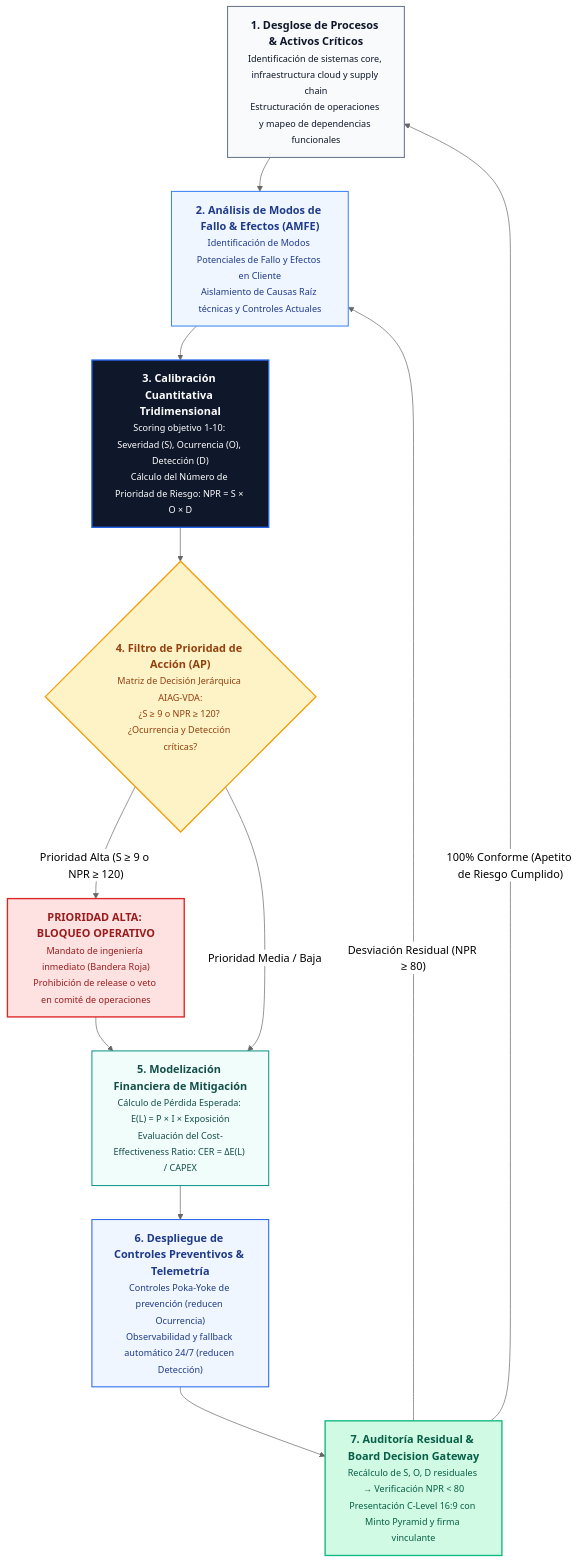
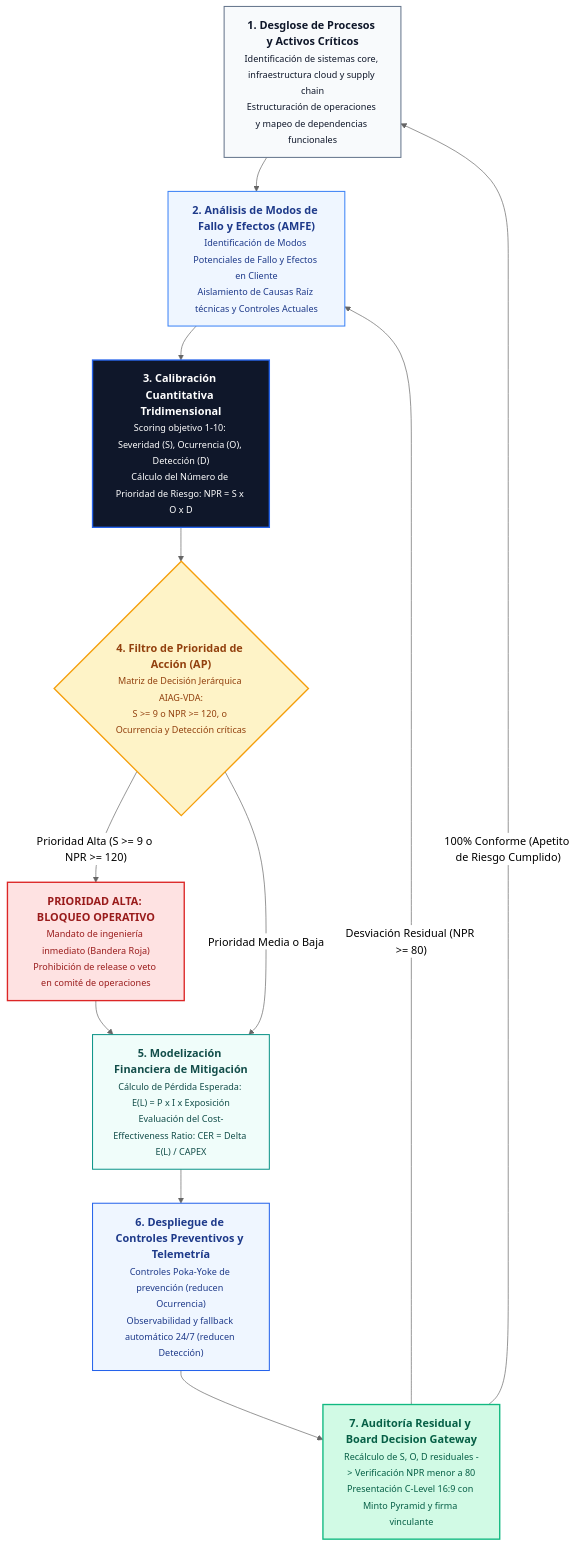
The diagram in content/es/posts/matriz-riesgos-amfe-fmea/index.md (Dalaez/datalaria-website), drawn with Mermaid (neutral theme) before and after one commit. The commit also changed other lines of this file and 123 other files, not shown here.

```diff
--- a/content/es/posts/matriz-riesgos-amfe-fmea/index.md
+++ b/content/es/posts/matriz-riesgos-amfe-fmea/index.md
@@ -32,38 +91,38 @@
 {{< mermaid >}}
 flowchart TD
-    A["<b>1. Desglose de Procesos & Activos Críticos</b><br/><small>Identificación de sistemas core, infraestructura cloud y supply chain<br/>Estructuración de operaciones y mapeo de dependencias funcionales</small>"]
+    A["<b>1. Desglose de Procesos y Activos Críticos</b><br/><small>Identificación de sistemas core, infraestructura cloud y supply chain<br/>Estructuración de operaciones y mapeo de dependencias funcionales</small>"]
     
-    B["<b>2. Análisis de Modos de Fallo & Efectos (AMFE)</b><br/><small>Identificación de Modos Potenciales de Fallo y Efectos en Cliente<br/>Aislamiento de Causas Raíz técnicas y Controles Actuales</small>"]
+    B["<b>2. Análisis de Modos de Fallo y Efectos (AMFE)</b><br/><small>Identificación de Modos Potenciales de Fallo y Efectos en Cliente<br/>Aislamiento de Causas Raíz técnicas y Controles Actuales</small>"]
     
-    C["<b>3. Calibración Cuantitativa Tridimensional</b><br/><small>Scoring objetivo 1-10: Severidad (S), Ocurrencia (O), Detección (D)<br/>Cálculo del Número de Prioridad de Riesgo: NPR = S &times; O &times; D</small>"]
+    C["<b>3. Calibración Cuantitativa Tridimensional</b><br/><small>Scoring objetivo 1-10: Severidad (S), Ocurrencia (O), Detección (D)<br/>Cálculo del Número de Prioridad de Riesgo: NPR = S x O x D</small>"]
     
-    D{"<b>4. Filtro de Prioridad de Acción (AP)</b><br/><small>Matriz de Decisión Jerárquica AIAG-VDA:<br/>¿S &ge; 9 o NPR &ge; 120? ¿Ocurrencia y Detección críticas?</small>"}
+    D{"<b>4. Filtro de Prioridad de Acción (AP)</b><br/><small>Matriz de Decisión Jerárquica AIAG-VDA:<br/>S >= 9 o NPR >= 120, o Ocurrencia y Detección críticas</small>"}
     
     E["<b>PRIORIDAD ALTA: BLOQUEO OPERATIVO</b><br/><small>Mandato de ingeniería inmediato (Bandera Roja)<br/>Prohibición de release o veto en comité de operaciones</small>"]
     
-    F["<b>5. Modelización Financiera de Mitigación</b><br/><small>Cálculo de Pérdida Esperada: E(L) = P &times; I &times; Exposición<br/>Evaluación del Cost-Effectiveness Ratio: CER = &Delta;E(L) / CAPEX</small>"]
+    F["<b>5. Modelización Financiera de Mitigación</b><br/><small>Cálculo de Pérdida Esperada: E(L) = P x I x Exposición<br/>Evaluación del Cost-Effectiveness Ratio: CER = Delta E(L) / CAPEX</small>"]
     
-    G["<b>6. Despliegue de Controles Preventivos & Telemetría</b><br/><small>Controles Poka-Yoke de prevención (reducen Ocurrencia)<br/>Observabilidad y fallback automático 24/7 (reducen Detección)</small>"]
+    G["<b>6. Despliegue de Controles Preventivos y Telemetría</b><br/><small>Controles Poka-Yoke de prevención (reducen Ocurrencia)<br/>Observabilidad y fallback automático 24/7 (reducen Detección)</small>"]
     
-    H["<b>7. Auditoría Residual & Board Decision Gateway</b><br/><small>Recálculo de S, O, D residuales &rarr; Verificación NPR &lt; 80<br/>Presentación C-Level 16:9 con Minto Pyramid y firma vinculante</small>"]
+    H["<b>7. Auditoría Residual y Board Decision Gateway</b><br/><small>Recálculo de S, O, D residuales -> Verificación NPR menor a 80<br/>Presentación C-Level 16:9 con Minto Pyramid y firma vinculante</small>"]
 
     A --> B
     B --> C
     C --> D
-    D -->|"Prioridad Alta (S &ge; 9 o NPR &ge; 120)"| E
+    D -->|"Prioridad Alta (S >= 9 o NPR >= 120)"| E
     E --> F
-    D -->|"Prioridad Media / Baja"| F
+    D -->|"Prioridad Media o Baja"| F
     F --> G
     G --> H
-    H -->|"Desviación Residual (NPR &ge; 80)"| B
+    H -->|"Desviación Residual (NPR >= 80)"| B
     H -->|"100% Conforme (Apetito de Riesgo Cumplido)"| A
 
     style A fill:#F8FAFC,stroke:#64748B,stroke-width:1.5px,color:#0F172A
     style B fill:#EFF6FF,stroke:#3B82F6,stroke-width:1.5px,color:#1E3A8A
     style C fill:#0F172A,stroke:#2563EB,stroke-width:2px,color:#FFFFFF
     style D fill:#FEF3C7,stroke:#F59E0B,stroke-width:2px,color:#92400E
     style E fill:#FEE2E2,stroke:#DC2626,stroke-width:2px,color:#991B1B
     style F fill:#F0FDFA,stroke:#0D9488,stroke-width:1.5px,color:#134E4A
     style G fill:#EFF6FF,stroke:#2563EB,stroke-width:1.5px,color:#1E3A8A
     style H fill:#D1FAE5,stroke:#10B981,stroke-width:2px,color:#065F46
 {{< /mermaid >}}
```
